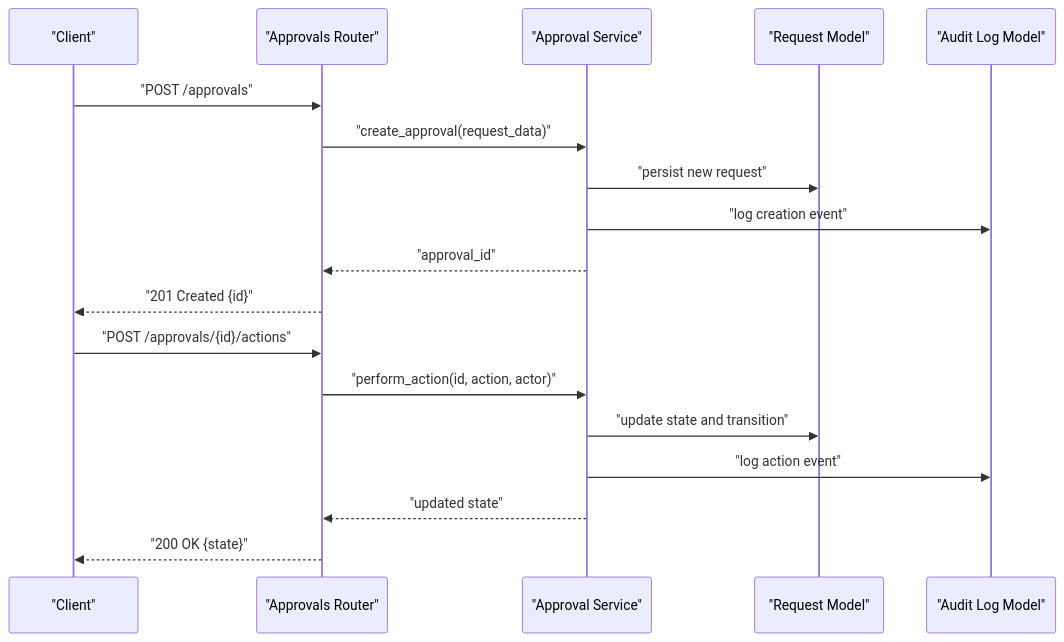
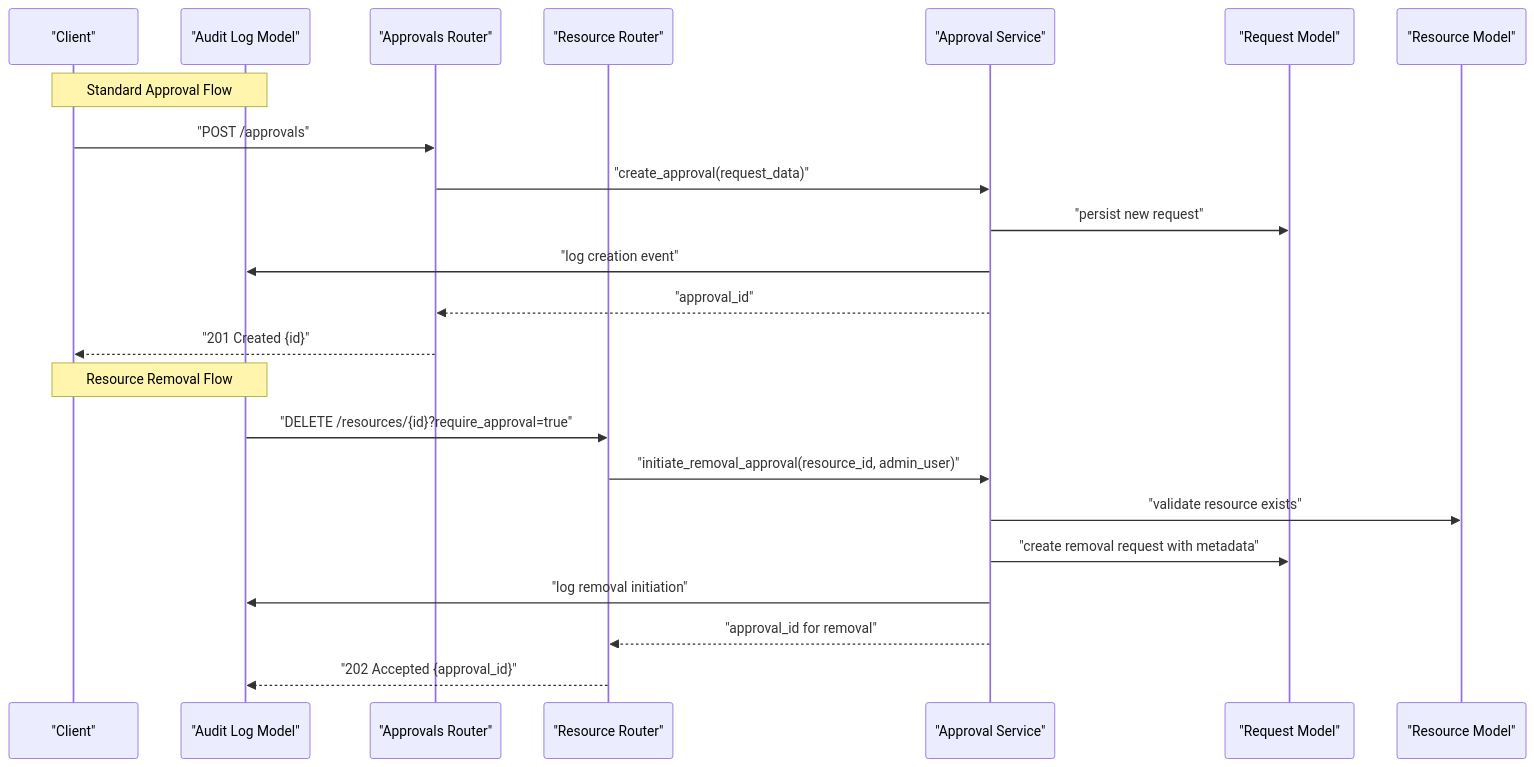
Before and after one commit to 14Lucifer/hackathon_ecs_creator: the second of 6 diagrams in .qoder/repowiki/en/content/Backend Development/API Routers & Endpoints/Approval System API.md, drawn with Mermaid. The commit also changed other lines of this file and 92 other files, not shown here.

````diff
--- a/.qoder/repowiki/en/content/Backend Development/API Routers & Endpoints/Approval System API.md
+++ b/.qoder/repowiki/en/content/Backend Development/API Routers & Endpoints/Approval System API.md
@@ -92,20 +106,26 @@
 ```mermaid
 sequenceDiagram
 participant C as "Client"
+participant A as "Admin Client"
 participant R as "Approvals Router"
+participant RS as "Resource Router"
 participant S as "Approval Service"
 participant M as "Request Model"
+participant RM as "Resource Model"
 participant A as "Audit Log Model"
+Note over C,A : Standard Approval Flow
 C->>R : "POST /approvals"
 R->>S : "create_approval(request_data)"
 S->>M : "persist new request"
 S->>A : "log creation event"
 S-->>R : "approval_id"
 R-->>C : "201 Created {id}"
-C->>R : "POST /approvals/{id}/actions"
-R->>S : "perform_action(id, action, actor)"
-S->>M : "update state and transition"
-S->>A : "log action event"
-S-->>R : "updated state"
-R-->>C : "200 OK {state}"
+Note over A,C : Resource Removal Flow
+A->>RS : "DELETE /resources/{id}?require_approval=true"
+RS->>S : "initiate_removal_approval(resource_id, admin_user)"
+S->>RM : "validate resource exists"
+S->>M : "create removal request with metadata"
+S->>A : "log removal initiation"
+S-->>RS : "approval_id for removal"
+RS-->>A : "202 Accepted {approval_id}"
 ```
````
